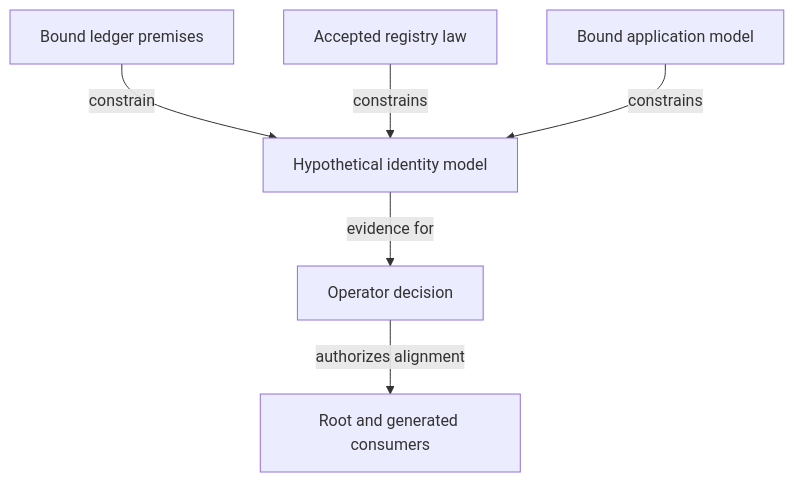
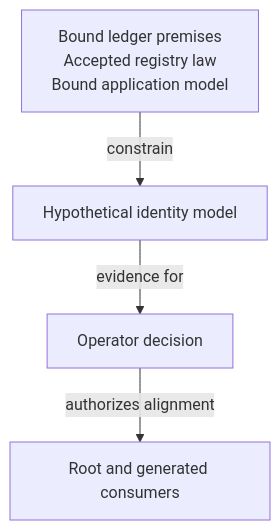
The diagram in specs/741-no-pin-model/modules-model.md (lambdasistemi/singular), drawn with Mermaid before and after one commit. The commit also changed 1 other file, not shown here.

Commit message:
docs: keep investigation dependency diagram readable on phones

````diff
--- a/specs/741-no-pin-model/modules-model.md
+++ b/specs/741-no-pin-model/modules-model.md
@@ -18,8 +18,6 @@
 ```mermaid
 flowchart TD
-  Ledger[Bound ledger premises] -->|constrain| Candidate[Hypothetical identity model]
-  Root[Accepted registry law] -->|constrains| Candidate
-  App[Bound application model] -->|constrains| Candidate
+  Sources["Bound ledger premises<br/>Accepted registry law<br/>Bound application model"] -->|constrain| Candidate[Hypothetical identity model]
   Candidate -->|evidence for| Ruling[Operator decision]
   Ruling -->|authorizes alignment| Export[Root and generated consumers]
 ```
````
